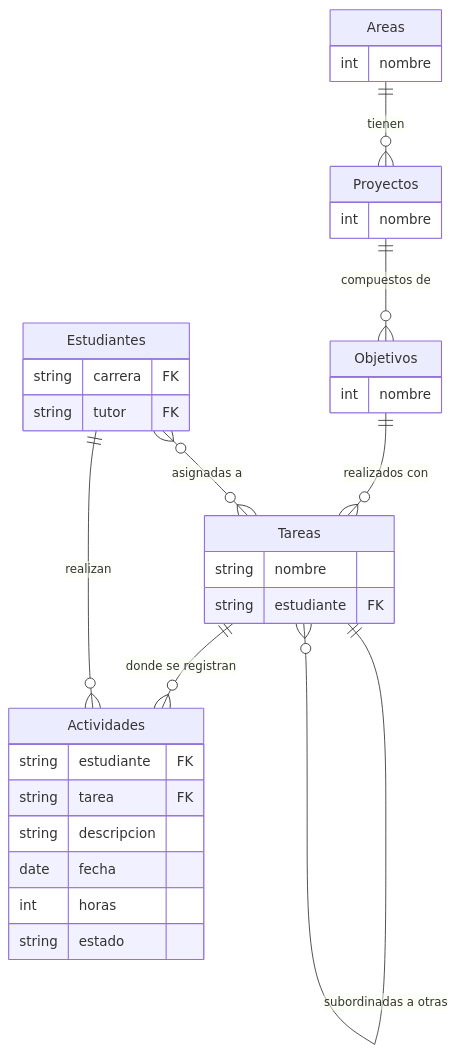
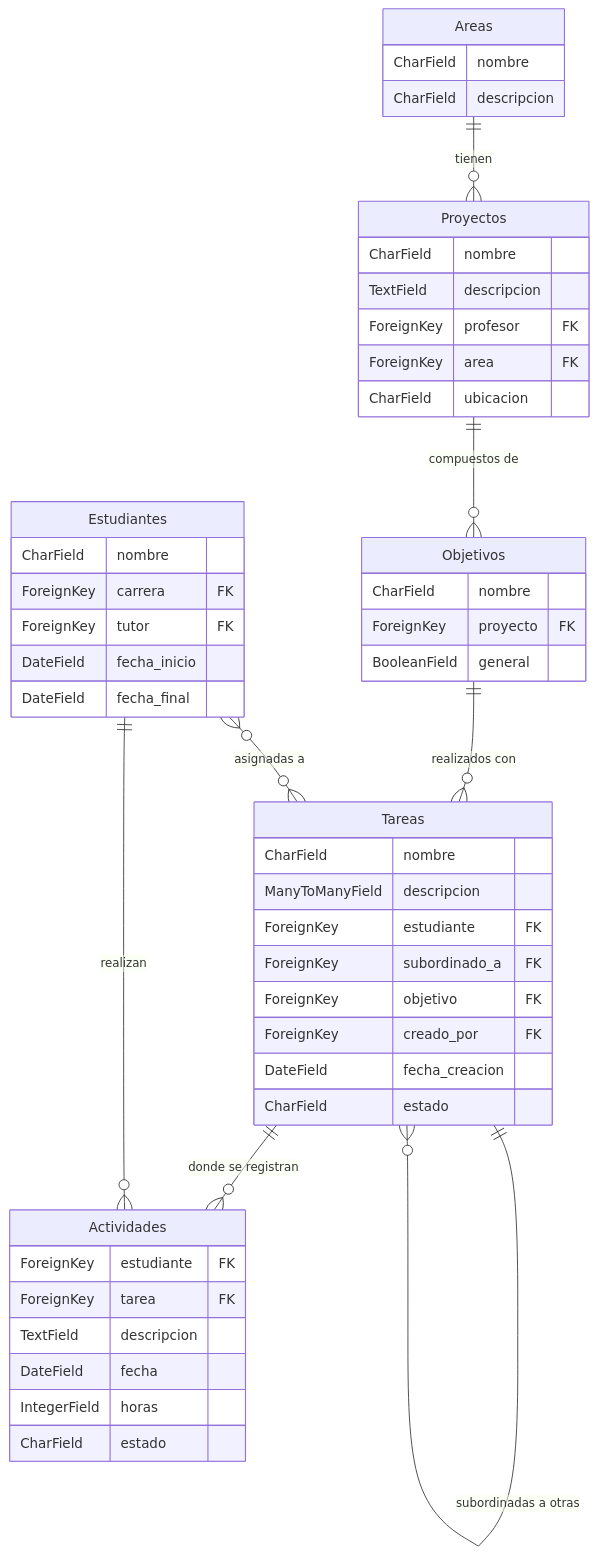
The sixth of 6 diagrams in README.md (fabianabarca/horas), drawn with Mermaid before and after one commit. The commit also changed other lines of this file, not shown here.

Commit message:
Actualización de base de datos y revisión general
Actualización de los campos de la base de datos y revisión y reordenamiento del texto.

````diff
--- a/README.md
+++ b/README.md
@@ -218,38 +223,52 @@
 ```mermaid
 erDiagram
   Areas ||--o{ Proyectos : tienen
   Proyectos ||--o{ Objetivos : "compuestos de"
   Objetivos ||--o{ Tareas : "realizados con"
   Tareas ||--o{ Tareas : "subordinadas a otras"
   Tareas ||--o{ Actividades : "donde se registran"
-  
+  Estudiantes ||--o{ Actividades : "realizan"
+  Estudiantes }o--o{ Tareas : "asignadas a"
+ 
   Areas {
-    int nombre
+    CharField nombre
+    CharField descripcion
   }
   Proyectos {
-    int nombre
+    CharField nombre
+    TextField descripcion
+    ForeignKey profesor FK
+    ForeignKey area FK
+    CharField ubicacion
   }
   Objetivos {
-    int nombre
+    CharField nombre
+    ForeignKey proyecto FK
+    BooleanField general
   }
   Tareas {
-    string nombre
-    string estudiante FK
+    CharField nombre
+    ManyToManyField descripcion
+    ForeignKey estudiante FK
+    ForeignKey subordinado_a FK
+    ForeignKey objetivo FK
+    ForeignKey creado_por FK
+    DateField fecha_creacion
+    CharField estado
   }
   Actividades {
-    string estudiante FK
-    string tarea FK
-    string descripcion
-    date fecha
-    int horas
-    string estado
+    ForeignKey estudiante FK
+    ForeignKey tarea FK
+    TextField descripcion
+    DateField fecha
+    IntegerField horas
+    CharField estado
   }
-  
-  Estudiantes ||--o{ Actividades : "realizan"
-  Estudiantes }o--o{ Tareas : "asignadas a"
-  
   Estudiantes {
-    string carrera FK
-    string tutor FK
+    CharField nombre
+    ForeignKey carrera FK
+    ForeignKey tutor FK
+    DateField fecha_inicio
+    DateField fecha_final
   }
 ```
````
